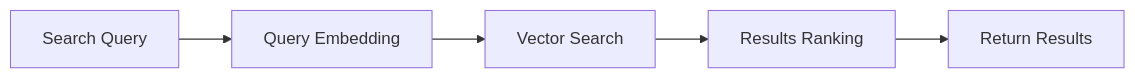
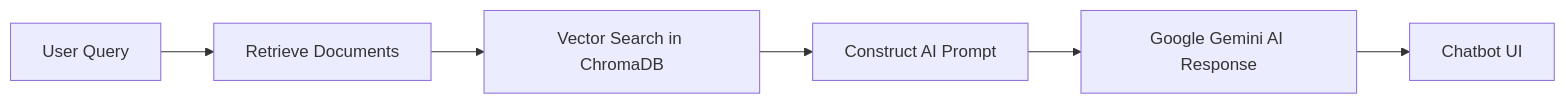
The second of 2 diagrams in README.md (arashghezavati/Document-Vectorization-Service), drawn with Mermaid before and after one commit. The commit also changed other lines of this file and 10 other files, not shown here.

````diff
--- a/README.md
+++ b/README.md
@@ -64,7 +36,8 @@
 ```mermaid
 graph LR
-    A[Search Query] --> B[Query Embedding]
-    B --> C[Vector Search]
-    C --> D[Results Ranking]
-    D --> E[Return Results]
+    A[User Query] --> B[Retrieve Documents]
+    B --> C[Vector Search in ChromaDB]
+    C --> D[Construct AI Prompt]
+    D --> E[Google Gemini AI Response]
+    E --> F[Chatbot UI]
 ```
````
